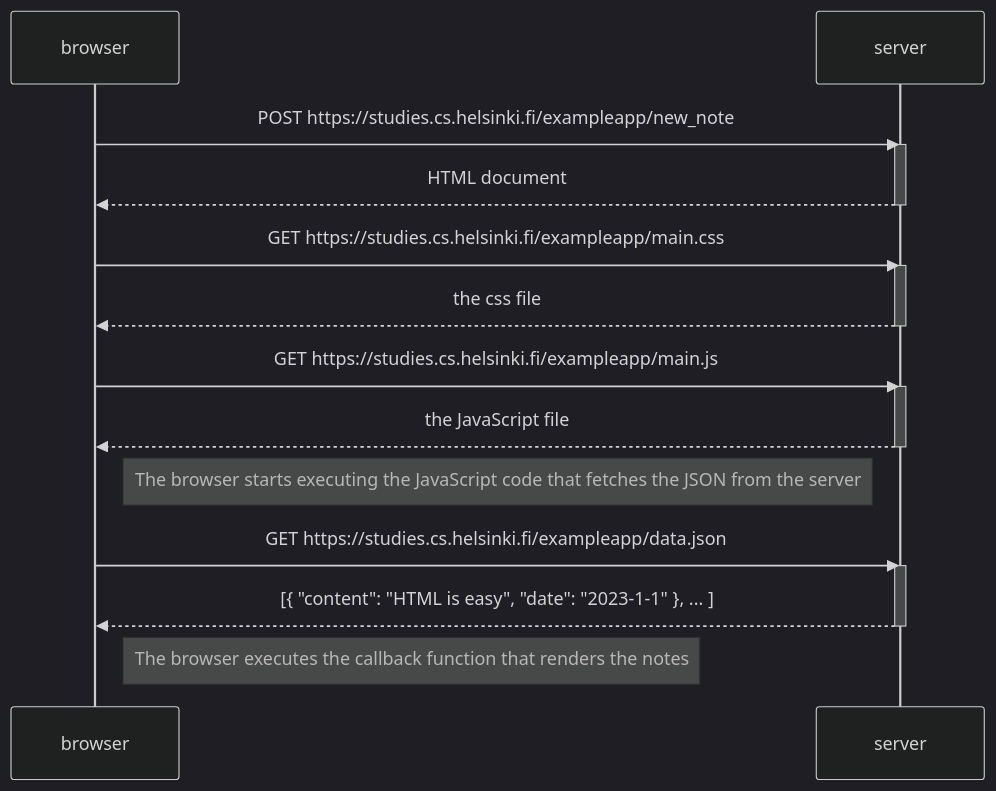
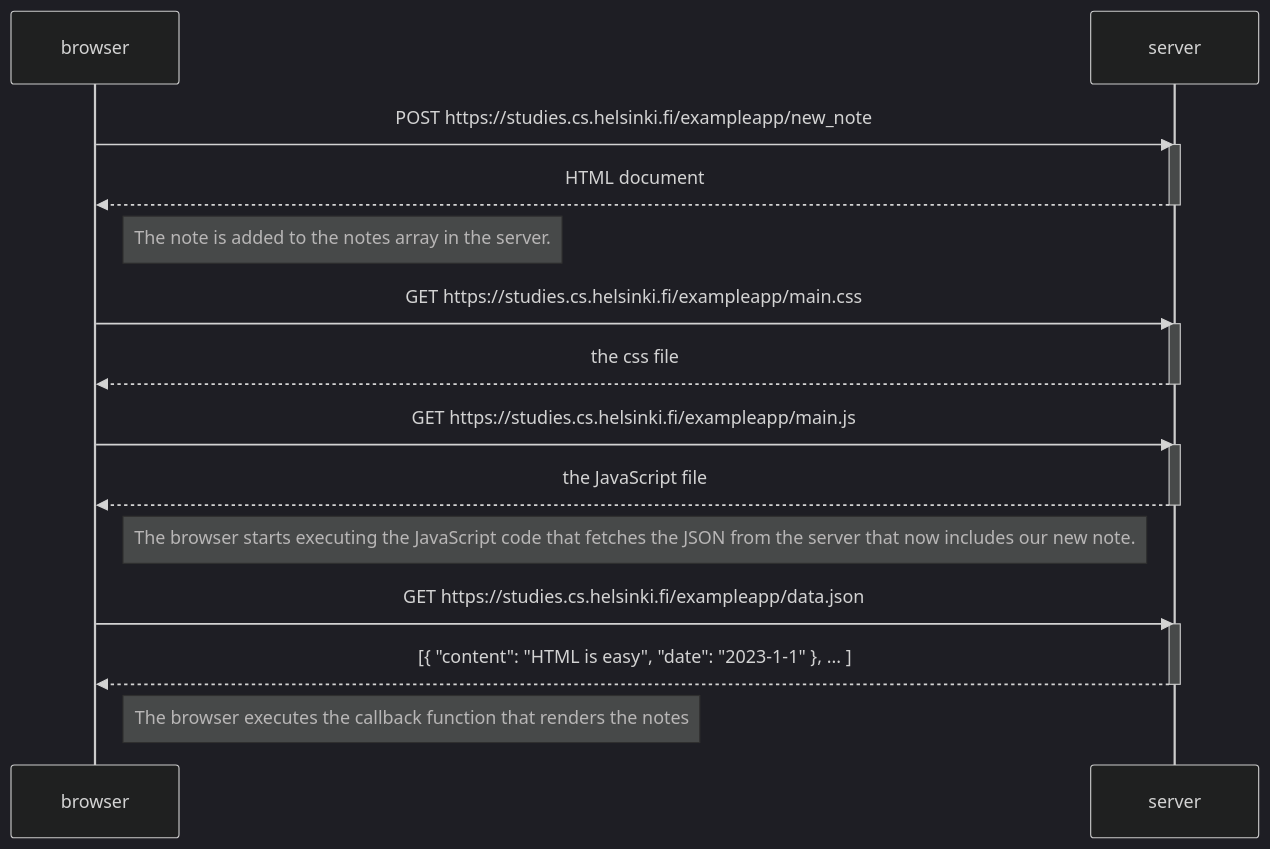
One commit to Oscarl214/FullStackOpen changed the diagram in Part0/README.md. Above: the diagram before and after it, drawn with Mermaid (dark theme).

Commit message:
added a new note

````diff
--- a/Part0/README.md
+++ b/Part0/README.md
@@ -1,29 +1,30 @@
 ```mermaid
 sequenceDiagram
     participant browser
     participant server
 
     browser->>server: POST https://studies.cs.helsinki.fi/exampleapp/new_note
     activate server
     server-->>browser: HTML document
     deactivate server
+    Note right of browser: The note is added to the notes array in the server.
 
     browser->>server: GET https://studies.cs.helsinki.fi/exampleapp/main.css
     activate server
     server-->>browser: the css file
     deactivate server
 
     browser->>server: GET https://studies.cs.helsinki.fi/exampleapp/main.js
     activate server
     server-->>browser: the JavaScript file
     deactivate server
 
-    Note right of browser: The browser starts executing the JavaScript code that fetches the JSON from the server
+    Note right of browser: The browser starts executing the JavaScript code that fetches the JSON from the server that now includes our new note.
 
     browser->>server: GET https://studies.cs.helsinki.fi/exampleapp/data.json
     activate server
     server-->>browser: [{ "content": "HTML is easy", "date": "2023-1-1" }, ... ]
     deactivate server
 
     Note right of browser: The browser executes the callback function that renders the notes
 ```
````
